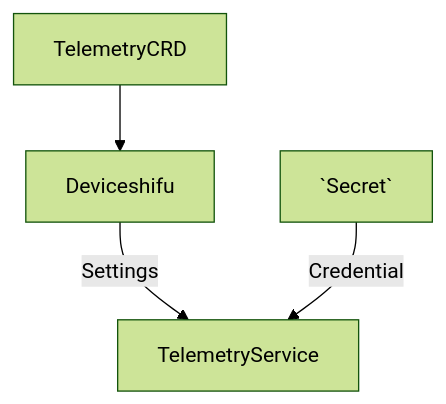
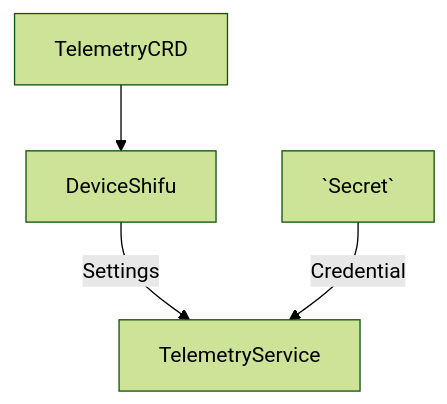
The second of 2 diagrams in docs/design/shifu-framework/telemetry-secret.md (Edgenesis/shifu), drawn with Mermaid (forest theme) before and after one commit. The commit also changed other lines of this file and 4 other files, not shown here.

Commit message:
add minio telemetry service document

````diff
--- a/docs/design/shifu-framework/telemetry-secret.md
+++ b/docs/design/shifu-framework/telemetry-secret.md
@@ -32,6 +32,6 @@
 ```mermaid
 graph TD;
-TelemetryCRD --> Deviceshifu
-Deviceshifu -->|Settings| TelemetryService
+TelemetryCRD --> DeviceShifu
+DeviceShifu -->|Settings| TelemetryService
 `Secret` -->|Credential| TelemetryService
 ```
````
